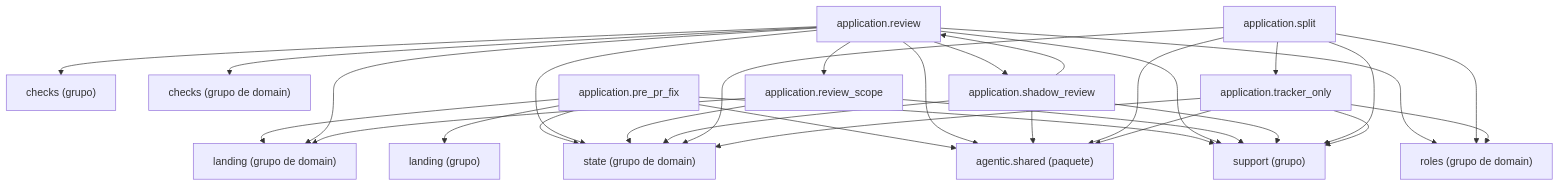
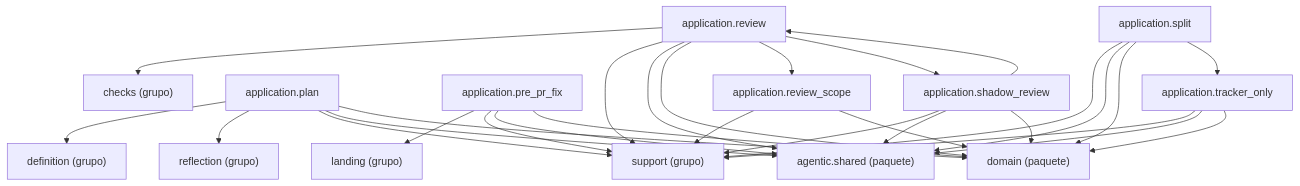
One commit to GonzaloZevallos/agentic-system changed the diagram in docs/architecture/generated/packages-process-application-build-2.md. Above: the diagram before and after it, drawn with Mermaid. The commit also changed other lines of this file and 6 other files, not shown here.

````diff
--- a/docs/architecture/generated/packages-process-application-build-2.md
+++ b/docs/architecture/generated/packages-process-application-build-2.md
@@ -16,47 +16,45 @@
 ```mermaid
 graph TD
     g_application__checks["checks (grupo)"]
+    g_application__definition["definition (grupo)"]
     g_application__landing["landing (grupo)"]
+    g_application__reflection["reflection (grupo)"]
     g_application__support["support (grupo)"]
-    g_domain__checks["checks (grupo de domain)"]
-    g_domain__landing["landing (grupo de domain)"]
-    g_domain__roles["roles (grupo de domain)"]
-    g_domain__state["state (grupo de domain)"]
     g_pkg__agentic__shared["agentic.shared (paquete)"]
+    g_pkg__domain["domain (paquete)"]
+    m_application__plan["application.plan"]
     m_application__pre_pr_fix["application.pre_pr_fix"]
     m_application__review["application.review"]
     m_application__review_scope["application.review_scope"]
     m_application__shadow_review["application.shadow_review"]
     m_application__split["application.split"]
     m_application__tracker_only["application.tracker_only"]
+    m_application__plan --> g_application__definition
+    m_application__plan --> g_application__reflection
+    m_application__plan --> g_application__support
+    m_application__plan --> g_pkg__agentic__shared
+    m_application__plan --> g_pkg__domain
     m_application__pre_pr_fix --> g_application__landing
     m_application__pre_pr_fix --> g_application__support
-    m_application__pre_pr_fix --> g_domain__landing
-    m_application__pre_pr_fix --> g_domain__state
     m_application__pre_pr_fix --> g_pkg__agentic__shared
+    m_application__pre_pr_fix --> g_pkg__domain
     m_application__review --> g_application__checks
     m_application__review --> g_application__support
-    m_application__review --> g_domain__checks
-    m_application__review --> g_domain__landing
-    m_application__review --> g_domain__roles
-    m_application__review --> g_domain__state
     m_application__review --> g_pkg__agentic__shared
+    m_application__review --> g_pkg__domain
     m_application__review --> m_application__review_scope
     m_application__review --> m_application__shadow_review
     m_application__review_scope --> g_application__support
-    m_application__review_scope --> g_domain__landing
-    m_application__review_scope --> g_domain__state
+    m_application__review_scope --> g_pkg__domain
     m_application__shadow_review --> g_application__support
-    m_application__shadow_review --> g_domain__state
     m_application__shadow_review --> g_pkg__agentic__shared
+    m_application__shadow_review --> g_pkg__domain
     m_application__shadow_review --> m_application__review
     m_application__split --> g_application__support
-    m_application__split --> g_domain__roles
-    m_application__split --> g_domain__state
     m_application__split --> g_pkg__agentic__shared
+    m_application__split --> g_pkg__domain
     m_application__split --> m_application__tracker_only
     m_application__tracker_only --> g_application__support
-    m_application__tracker_only --> g_domain__roles
-    m_application__tracker_only --> g_domain__state
     m_application__tracker_only --> g_pkg__agentic__shared
+    m_application__tracker_only --> g_pkg__domain
 ```
````
